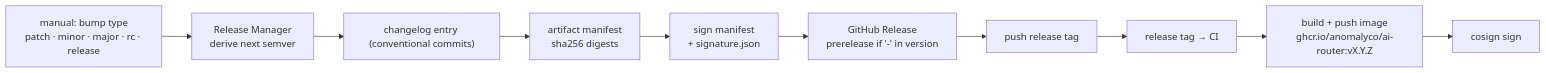
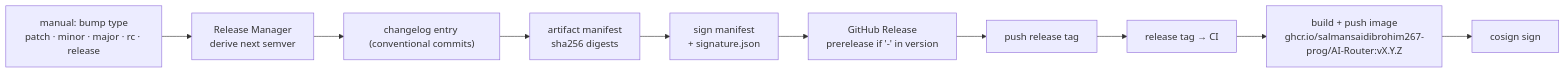
Diagram 21 of 21 in README.md (salmansaidibrohim267-prog/AI-Router), drawn with Mermaid before and after one commit. The commit also changed other lines of this file and 90 other files, not shown here.

````diff
--- a/README.md
+++ b/README.md
@@ -3170,12 +3170,12 @@
 ```mermaid
 flowchart LR
     M["manual: bump type<br/>patch · minor · major · rc · release"] --> RM["Release Manager<br/>derive next semver"]
     RM --> CL["changelog entry (conventional commits)"]
     CL --> MF["artifact manifest<br/>sha256 digests"]
     MF --> SG["sign manifest<br/>+ signature.json"]
     SG --> GH["GitHub Release<br/>prerelease if '-' in version"]
     GH --> TAG["push release tag"]
     TAG --> CI["release tag → CI"]
-    CI --> IMG["build + push image<br/>ghcr.io/anomalyco/ai-router:vX.Y.Z"]
+    CI --> IMG["build + push image<br/>ghcr.io/salmansaidibrohim267-prog/AI-Router:vX.Y.Z"]
     IMG --> CO["cosign sign"]
 ```
````
